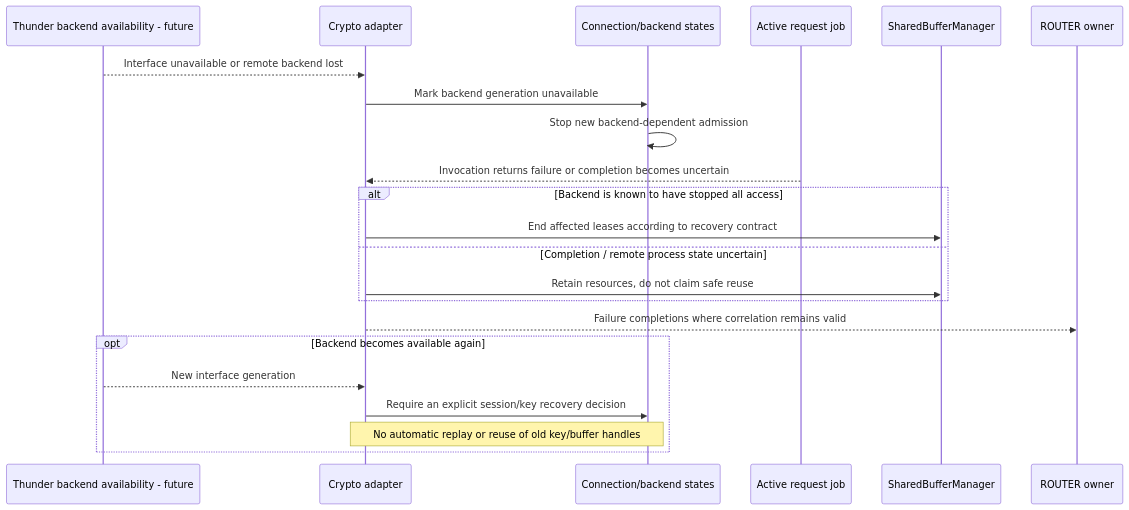
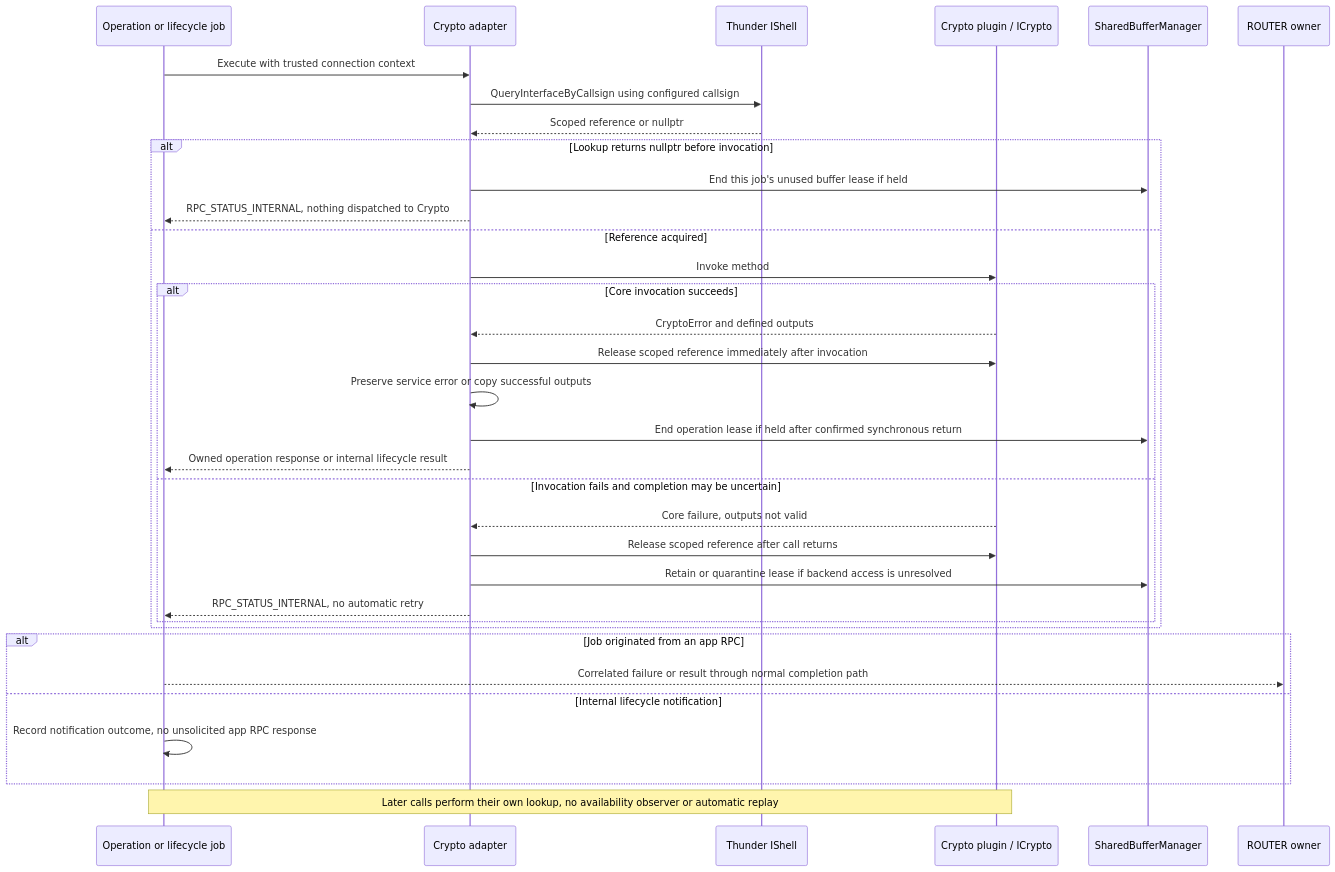
Before and after one commit to rdkcentral/eyil-secure-gateway: diagram 29 of 30 in doc/EyilSecureGateway.md, drawn with Mermaid. The commit also changed other lines of this file, not shown here.

````diff
--- a/doc/EyilSecureGateway.md
+++ b/doc/EyilSecureGateway.md
@@ -3040,24 +3218,36 @@
 ```mermaid
 sequenceDiagram
-    participant T as Thunder backend availability - future
+    participant J as Operation or lifecycle job
     participant A as Crypto adapter
-    participant REG as Connection/backend states
-    participant J as Active request job
+    participant T as Thunder IShell
+    participant C as Crypto plugin / ICrypto
     participant B as SharedBufferManager
     participant R as ROUTER owner
-    T-->>A: Interface unavailable or remote backend lost
-    A->>REG: Mark backend generation unavailable
-    REG->>REG: Stop new backend-dependent admission
-    J-->>A: Invocation returns failure or completion becomes uncertain
-    alt Backend is known to have stopped all access
-        A->>B: End affected leases according to recovery contract
-    else Completion / remote process state uncertain
-        A->>B: Retain resources, do not claim safe reuse
+    J->>A: Execute with trusted connection context
+    A->>T: QueryInterfaceByCallsign using configured callsign
+    T-->>A: Scoped reference or nullptr
+    alt Lookup returns nullptr before invocation
+        A->>B: End this job's unused buffer lease if held
+        A-->>J: RPC_STATUS_INTERNAL, nothing dispatched to Crypto
+    else Reference acquired
+        A->>C: Invoke method
+        alt Core invocation succeeds
+            C-->>A: CryptoError and defined outputs
+            A->>C: Release scoped reference immediately after invocation
+            A->>A: Preserve service error or copy successful outputs
+            A->>B: End operation lease if held after confirmed synchronous return
+            A-->>J: Owned operation response or internal lifecycle result
+        else Invocation fails and completion may be uncertain
+            C-->>A: Core failure, outputs not valid
+            A->>C: Release scoped reference after call returns
+            A->>B: Retain or quarantine lease if backend access is unresolved
+            A-->>J: RPC_STATUS_INTERNAL, no automatic retry
+        end
     end
-    A-->>R: Failure completions where correlation remains valid
-    opt Backend becomes available again
-        T-->>A: New interface generation
-        A->>REG: Require an explicit session/key recovery decision
-        Note over A,REG: No automatic replay or reuse of old key/buffer handles
+    alt Job originated from an app RPC
+        J-->>R: Correlated failure or result through normal completion path
+    else Internal lifecycle notification
+        J->>J: Record notification outcome, no unsolicited app RPC response
     end
+    Note over J,C: Later calls perform their own lookup, no availability observer or automatic replay
 ```
````
